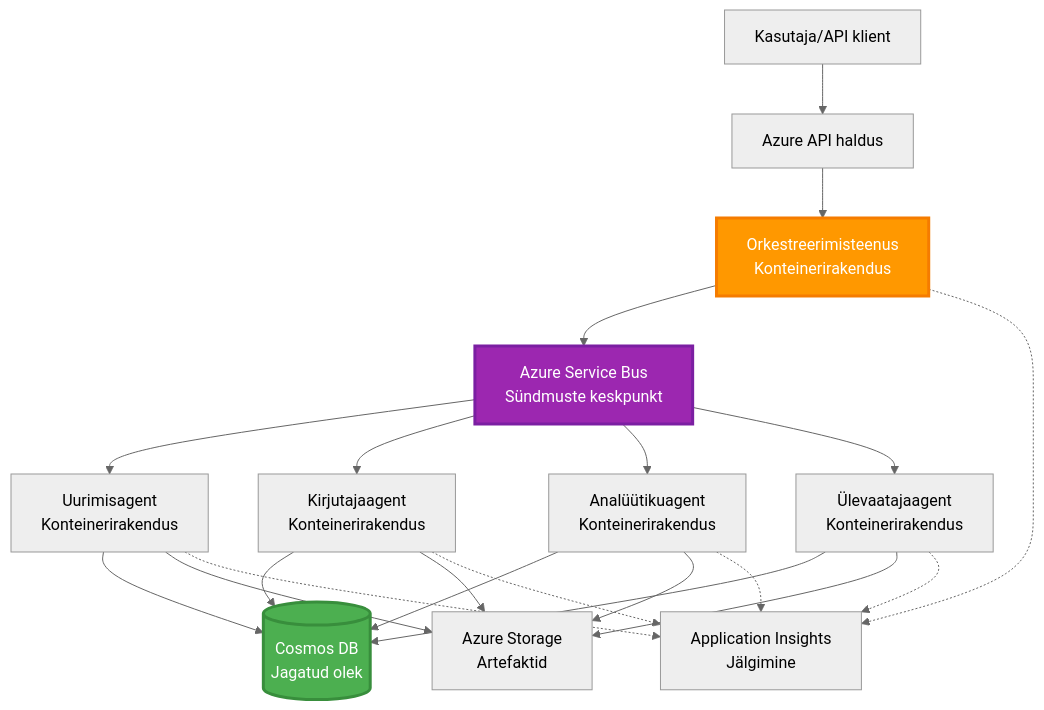
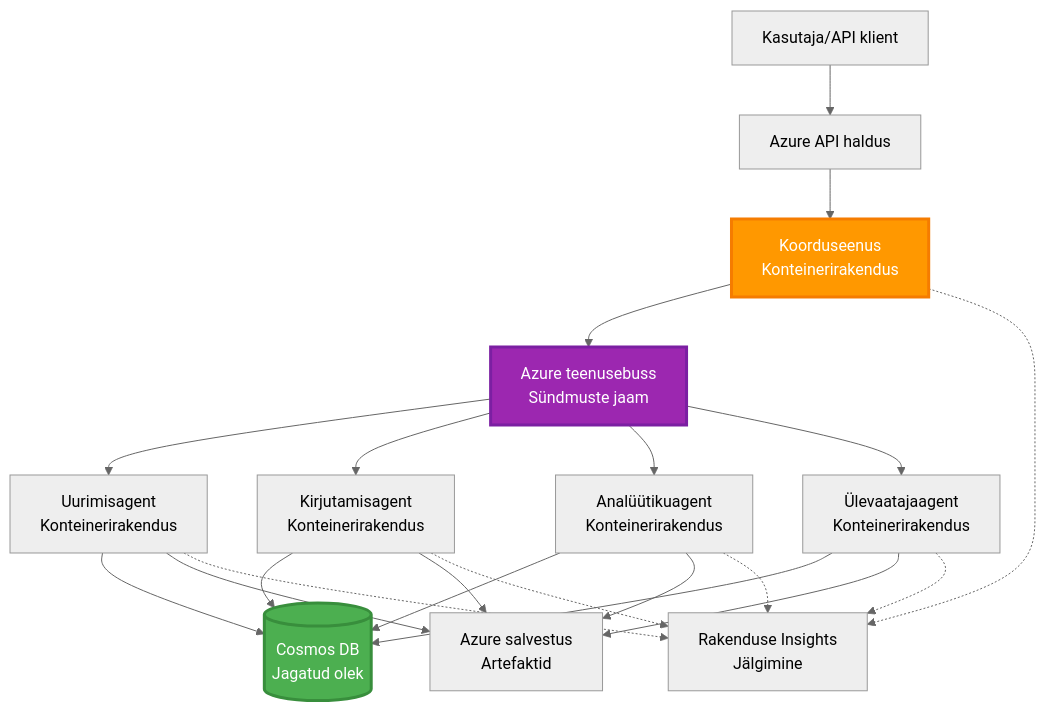
One commit to microsoft/AZD-for-beginners changed the sixth of 6 diagrams in translations/et/docs/chapter-06-pre-deployment/coordination-patterns.md. Above: the diagram before and after it, drawn with Mermaid (neutral theme). The commit also changed other lines of this file and 101 other files, not shown here.

````diff
--- a/translations/et/docs/chapter-06-pre-deployment/coordination-patterns.md
+++ b/translations/et/docs/chapter-06-pre-deployment/coordination-patterns.md
@@ -271,45 +265,45 @@
 ```mermaid
 graph TB
     User[Kasutaja/API klient]
     APIM[Azure API haldus]
-    Orchestrator[Orkestreerimisteenus<br/>Konteinerirakendus]
-    ServiceBus[Azure Service Bus<br/>Sündmuste keskpunkt]
+    Orchestrator[Koorduseenus<br/>Konteinerirakendus]
+    ServiceBus[Azure teenusebuss<br/>Sündmuste jaam]
     
     Agent1[Uurimisagent<br/>Konteinerirakendus]
-    Agent2[Kirjutajaagent<br/>Konteinerirakendus]
+    Agent2[Kirjutamisagent<br/>Konteinerirakendus]
     Agent3[Analüütikuagent<br/>Konteinerirakendus]
     Agent4[Ülevaatajaagent<br/>Konteinerirakendus]
     
     CosmosDB[(Cosmos DB<br/>Jagatud olek)]
-    Storage[Azure Storage<br/>Artefaktid]
-    AppInsights[Application Insights<br/>Jälgimine]
+    Storage[Azure salvestus<br/>Artefaktid]
+    AppInsights[Rakenduse Insights<br/>Jälgimine]
     
     User --> APIM
     APIM --> Orchestrator
     
     Orchestrator --> ServiceBus
     ServiceBus --> Agent1
     ServiceBus --> Agent2
     ServiceBus --> Agent3
     ServiceBus --> Agent4
     
     Agent1 --> CosmosDB
     Agent2 --> CosmosDB
     Agent3 --> CosmosDB
     Agent4 --> CosmosDB
     
     Agent1 --> Storage
     Agent2 --> Storage
     Agent3 --> Storage
     Agent4 --> Storage
     
     Orchestrator -.-> AppInsights
     Agent1 -.-> AppInsights
     Agent2 -.-> AppInsights
     Agent3 -.-> AppInsights
     Agent4 -.-> AppInsights
     
     style Orchestrator fill:#FF9800,stroke:#F57C00,stroke-width:3px,color:#fff
     style ServiceBus fill:#9C27B0,stroke:#7B1FA2,stroke-width:3px,color:#fff
     style CosmosDB fill:#4CAF50,stroke:#388E3C,stroke-width:3px,color:#fff
 ```
````
